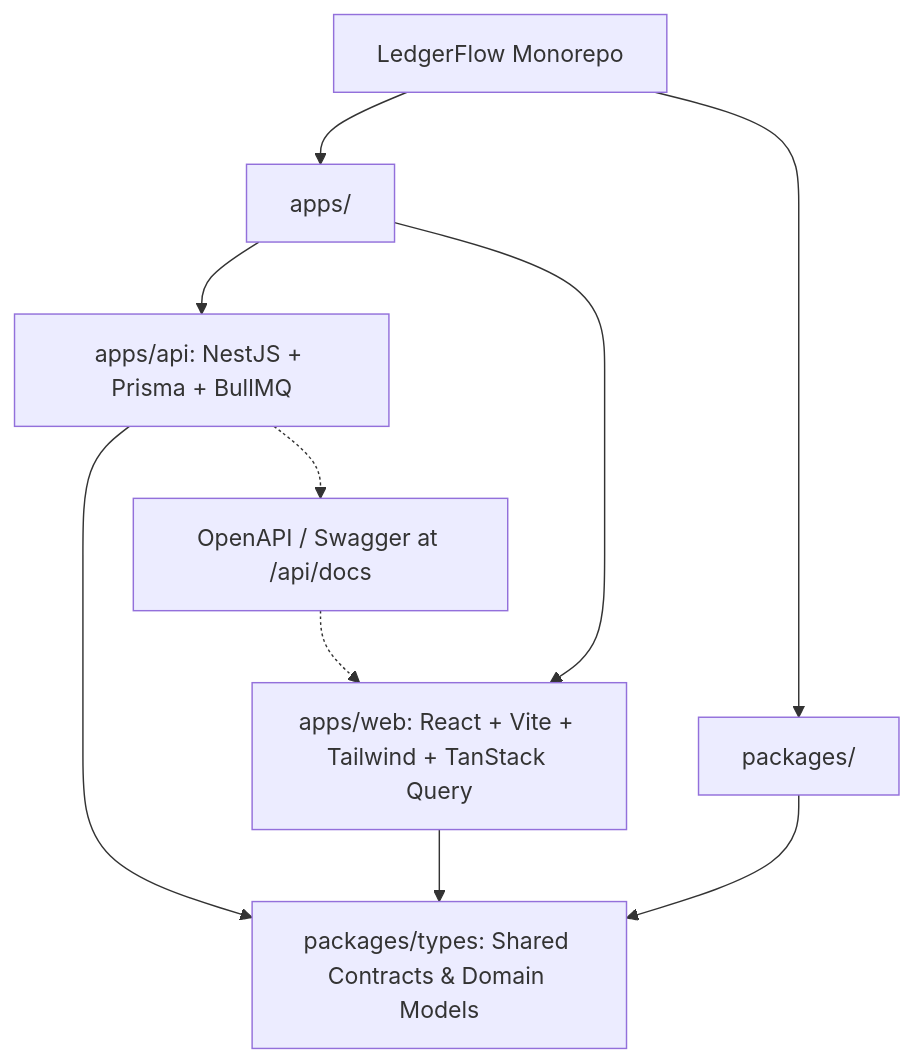
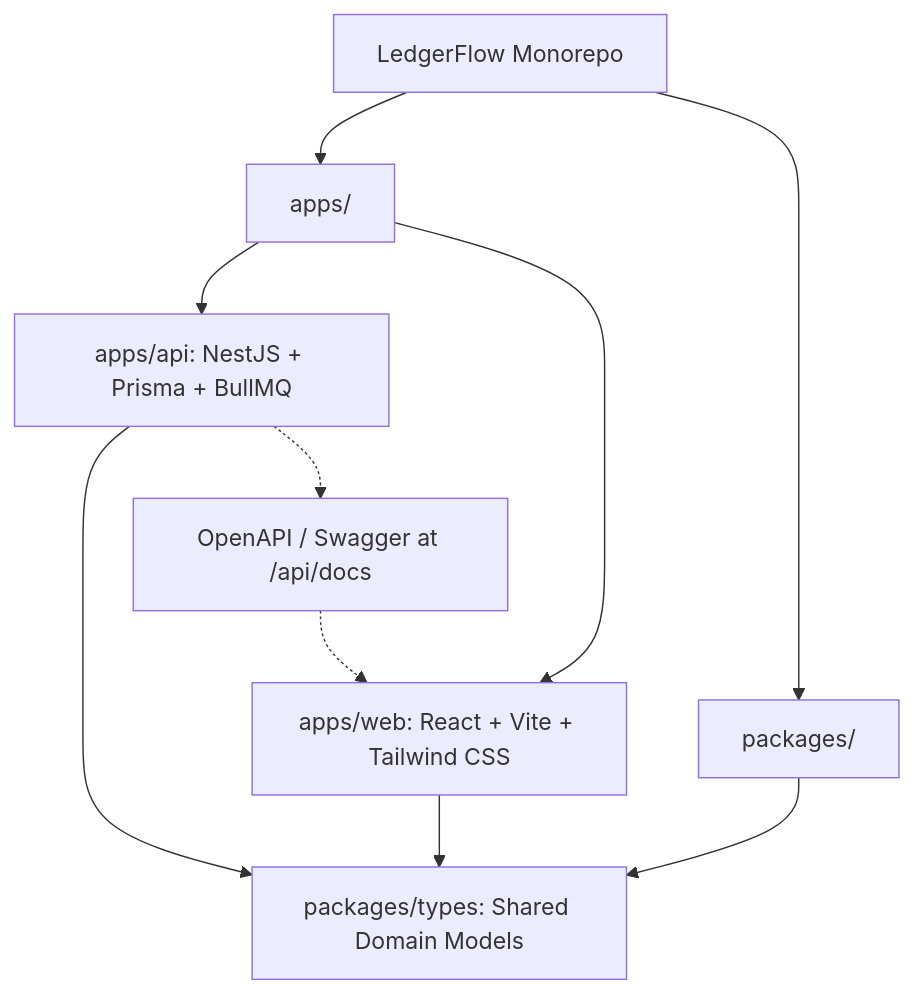
Before and after one commit to DiegoRiveraEstefano/LedgerFlow: the first of 3 diagrams in README.md, drawn with Mermaid. The commit also changed other lines of this file, not shown here.

First line of the commit message:
Rewrite README with English docs and architecture overview

````diff
--- a/README.md
+++ b/README.md
@@ -27,15 +37,15 @@
 ```mermaid
 graph TD
     Root[LedgerFlow Monorepo]
     Root --> Apps[apps/]
     Root --> Packages[packages/]
 
     Apps --> API[apps/api: NestJS + Prisma + BullMQ]
-    Apps --> Web[apps/web: React + Vite + Tailwind + TanStack Query]
-    Packages --> Types[packages/types: Shared Contracts & Domain Models]
+    Apps --> Web[apps/web: React + Vite + Tailwind CSS]
+    Packages --> Types[packages/types: Shared Domain Models]
 
     API --> Types
     Web --> Types
     API -.-> Swagger[OpenAPI / Swagger at /api/docs]
     Swagger -.-> Web
 ```
````
